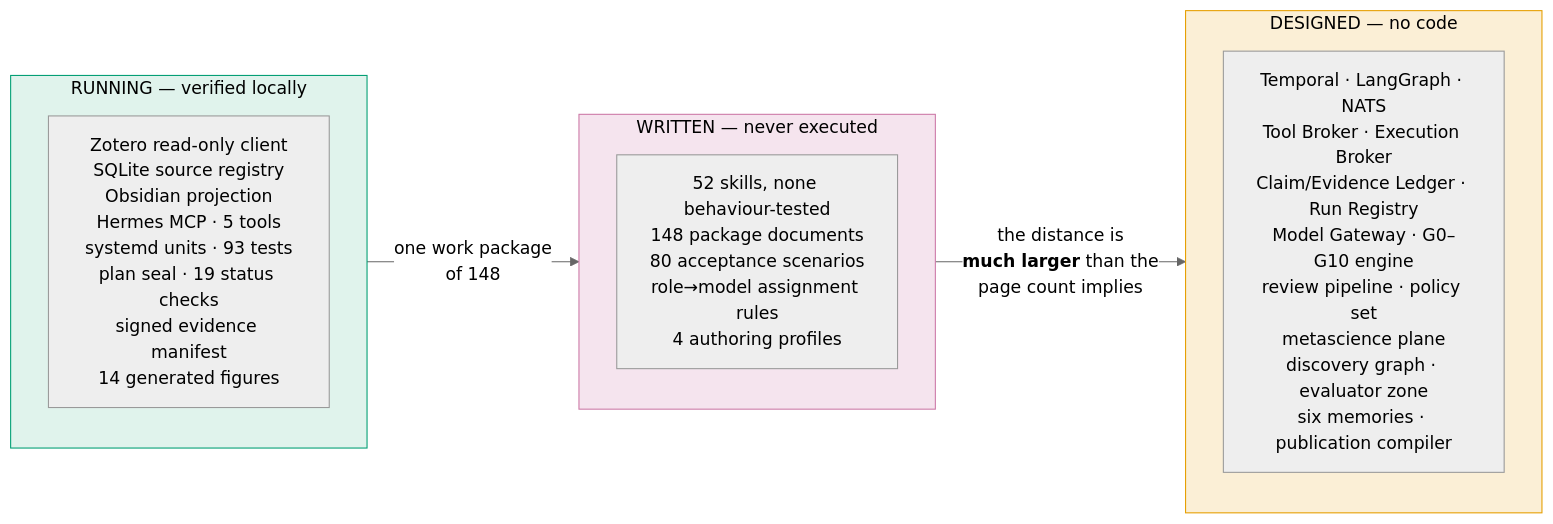
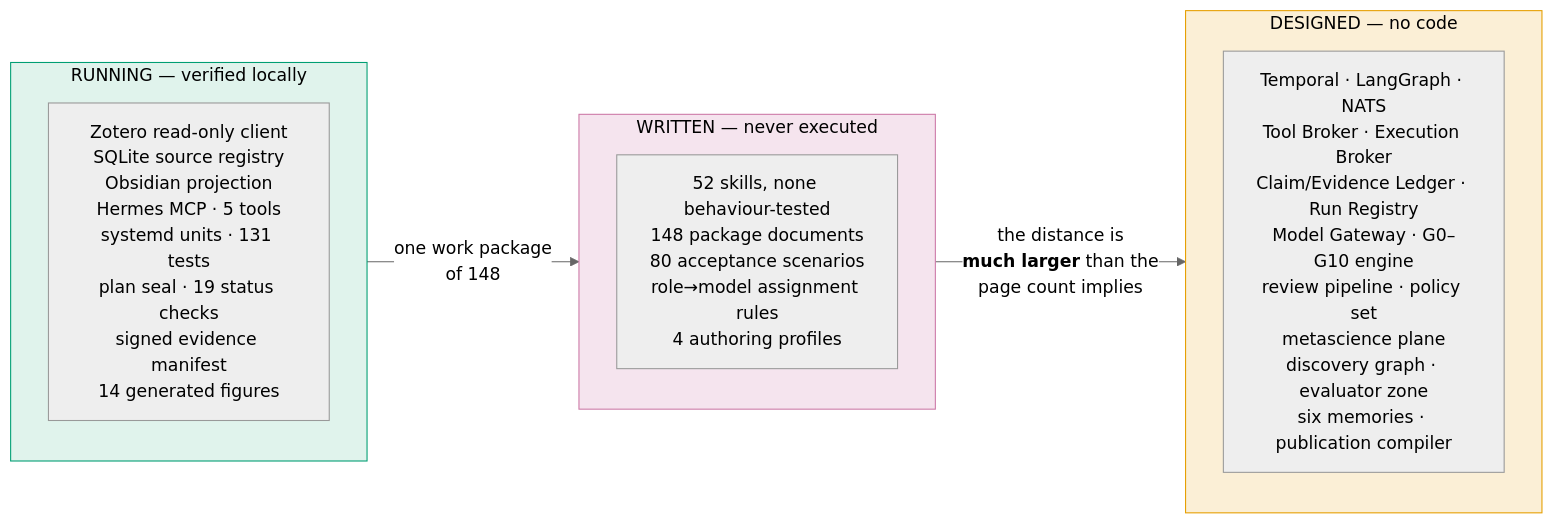
Diagram 23 of 24 in docs/architecture/AETHRION_ARCHITECTURE.md (furkanhanilci/AETHRION), drawn with Mermaid (neutral theme) before and after one commit. The commit also changed 36 other files, not shown here.

````diff
--- a/docs/architecture/AETHRION_ARCHITECTURE.md
+++ b/docs/architecture/AETHRION_ARCHITECTURE.md
@@ -976,17 +976,17 @@
 ```mermaid
 flowchart LR
     subgraph WORKING["RUNNING — verified locally"]
-        W["Zotero read-only client<br/>SQLite source registry<br/>Obsidian projection<br/>Hermes MCP · 5 tools<br/>systemd units · 93 tests<br/>plan seal · 19 status checks<br/>signed evidence manifest<br/>14 generated figures"]
+        W["Zotero read-only client<br/>SQLite source registry<br/>Obsidian projection<br/>Hermes MCP · 5 tools<br/>systemd units · 131 tests<br/>plan seal · 19 status checks<br/>signed evidence manifest<br/>14 generated figures"]
     end
     subgraph WRITTEN["WRITTEN — never executed"]
         S["52 skills, none behaviour-tested<br/>148 package documents<br/>80 acceptance scenarios<br/>role→model assignment rules<br/>4 authoring profiles"]
     end
     subgraph DESIGNED["DESIGNED — no code"]
         D["Temporal · LangGraph · NATS<br/>Tool Broker · Execution Broker<br/>Claim/Evidence Ledger · Run Registry<br/>Model Gateway · G0–G10 engine<br/>review pipeline · policy set<br/>metascience plane<br/>discovery graph · evaluator zone<br/>six memories · publication compiler"]
     end
     WORKING -->|"one work package<br/>of 148"| WRITTEN
     WRITTEN -->|"the distance is<br/><b>much larger</b> than the<br/>page count implies"| DESIGNED
     style WORKING fill:#E0F3EC,stroke:#009E73,color:#000
     style WRITTEN fill:#F5E4EE,stroke:#CC79A7,color:#000
     style DESIGNED fill:#FBEFD6,stroke:#E69F00,color:#000
 ```
````
